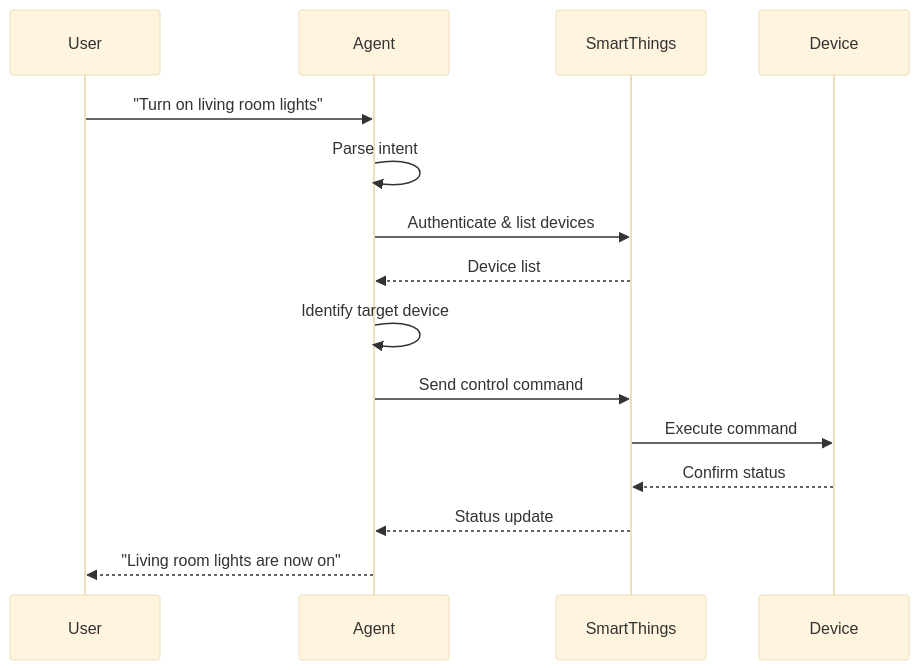
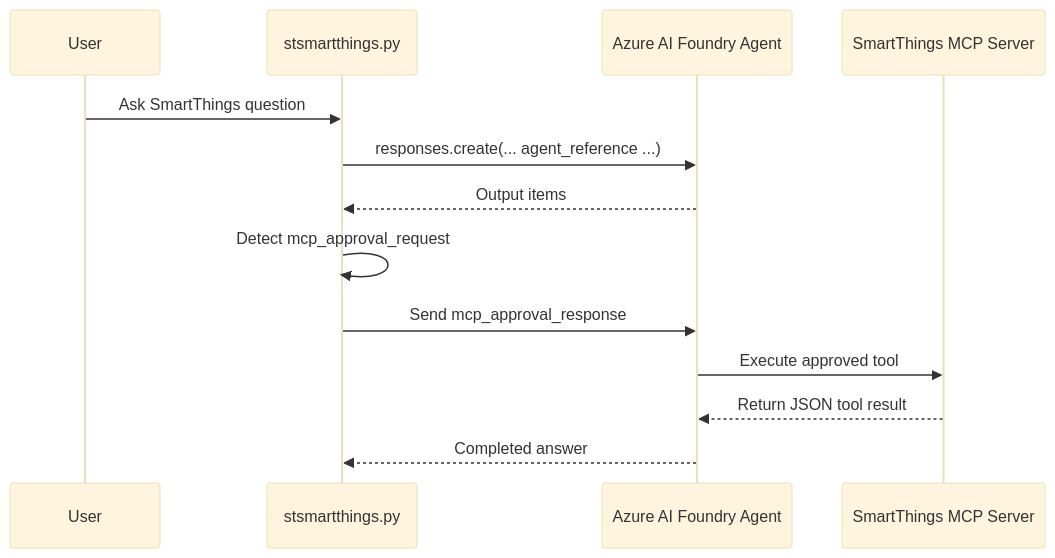
One commit to balakreshnan/msagentframework changed diagram 18 of 30 in docs/PYTHON_MODULES.md. Above: the diagram before and after it, drawn with Mermaid (base theme). The commit also changed other lines of this file and 9 other files, not shown here.

Commit message:
Centralize SmartThings docs in docs folder

````diff
--- a/docs/PYTHON_MODULES.md
+++ b/docs/PYTHON_MODULES.md
@@ -525,18 +520,16 @@
 ```mermaid
 sequenceDiagram
     participant User
-    participant Agent
-    participant SmartThings
-    participant Device
-    
-    User->>Agent: "Turn on living room lights"
-    Agent->>Agent: Parse intent
-    Agent->>SmartThings: Authenticate & list devices
-    SmartThings-->>Agent: Device list
-    Agent->>Agent: Identify target device
-    Agent->>SmartThings: Send control command
-    SmartThings->>Device: Execute command
-    Device-->>SmartThings: Confirm status
-    SmartThings-->>Agent: Status update
-    Agent-->>User: "Living room lights are now on"
+    participant UI as stsmartthings.py
+    participant Foundry as Azure AI Foundry Agent
+    participant MCP as SmartThings MCP Server
+
+    User->>UI: Ask SmartThings question
+    UI->>Foundry: responses.create(... agent_reference ...)
+    Foundry-->>UI: Output items
+    UI->>UI: Detect mcp_approval_request
+    UI->>Foundry: Send mcp_approval_response
+    Foundry->>MCP: Execute approved tool
+    MCP-->>Foundry: Return JSON tool result
+    Foundry-->>UI: Completed answer
 ```
````
